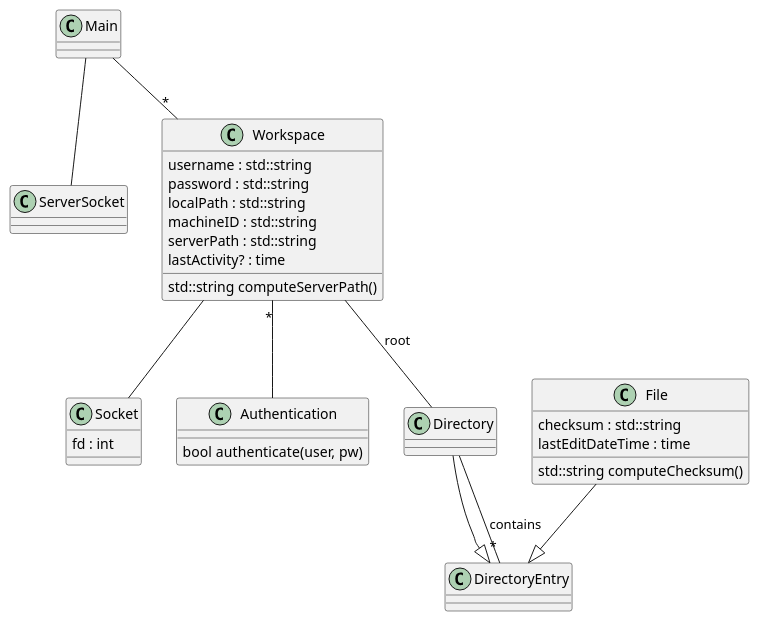
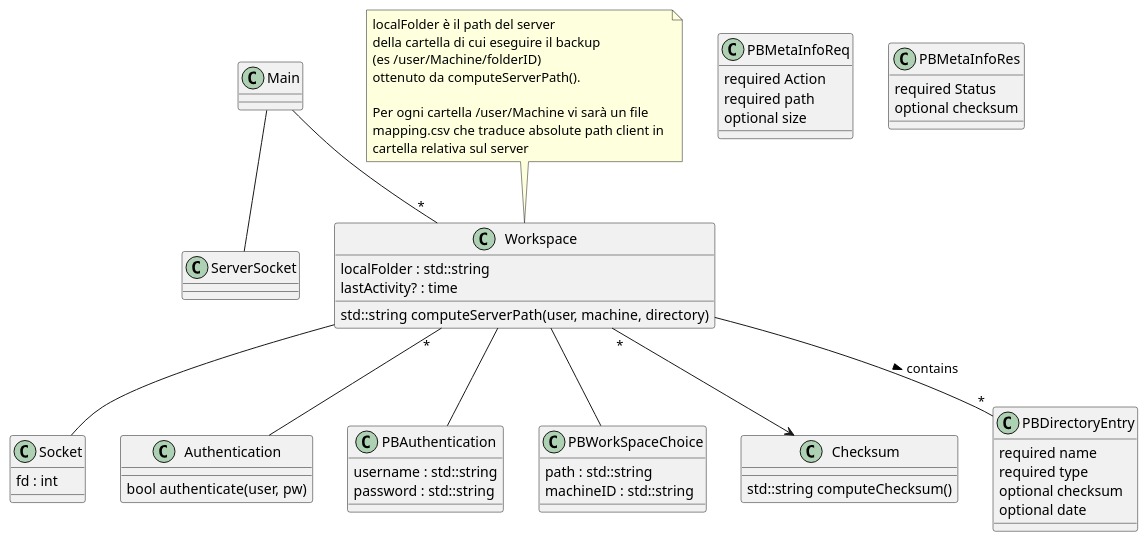
The third of 4 diagrams in README.md (matteoborzi/pds-progetto), drawn with PlantUML before and after one commit. The commit also changed other lines of this file, not shown here.

````diff
--- a/README.md
+++ b/README.md
@@ -136,47 +175,75 @@
 ```plantuml
 class Main{}
 
 Main -- ServerSocket
 
 
 class Workspace{
-    username : std::string
-    password : std::string
-    localPath : std::string
-    machineID : std::string
-    serverPath : std::string
+    localFolder : std::string 
     lastActivity? : time
-    std::string computeServerPath()
+    std::string computeServerPath(user, machine, directory)
 }
+
+note top of Workspace
+localFolder è il path del server
+della cartella di cui eseguire il backup
+(es /user/Machine/folderID)
+ottenuto da computeServerPath().
+
+Per ogni cartella /user/Machine vi sarà un file
+mapping.csv che traduce absolute path client in 
+cartella relativa sul server
+end note
 
 Workspace -- Socket
 
 class Socket{
     fd : int
 }
 
 class Authentication {
     bool authenticate(user, pw)
 }
 
+class PBAuthentication{
+    username : std::string
+    password : std::string
+}
+
+class PBWorkSpaceChoice{
+    path : std::string
+    machineID : std::string
+}
+
 Main -- "*" Workspace
+Workspace -- PBAuthentication
+Workspace -- PBWorkSpaceChoice
 
 Workspace "*" -- Authentication
 
-class File{
-    checksum : std::string
-    lastEditDateTime : time
+class Checksum{
     std::string computeChecksum()
 }
 
-class Directory{}
+class PBDirectoryEntry{
+    required name
+    required type
+    optional checksum
+    optional date  
+}
 
+Workspace "*" --> Checksum
+Workspace --"*" PBDirectoryEntry : contains >
 
-Directory --|> DirectoryEntry
-File --|> DirectoryEntry
+class PBMetaInfoReq {
+    required Action
+    required path
+    optional size
+}
 
-Directory -- "*" DirectoryEntry : contains
-
-Workspace -- Directory : root
+class PBMetaInfoRes {
+    required Status
+    optional checksum
+}
 
 ```
````
